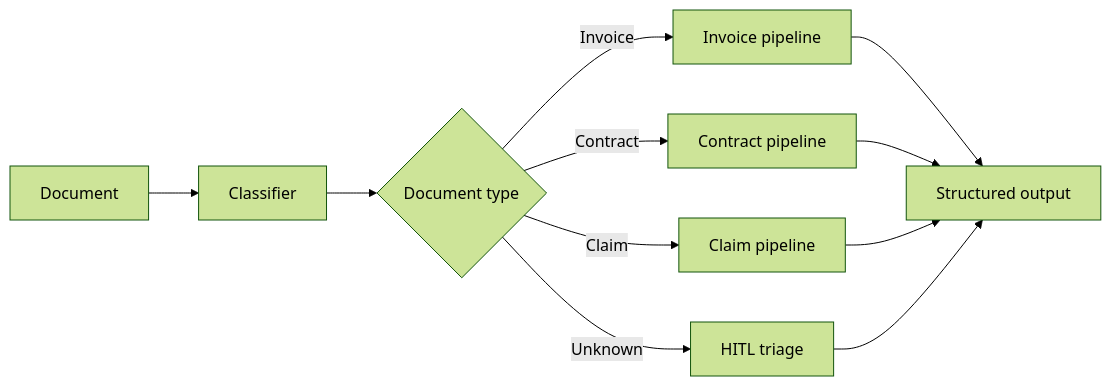
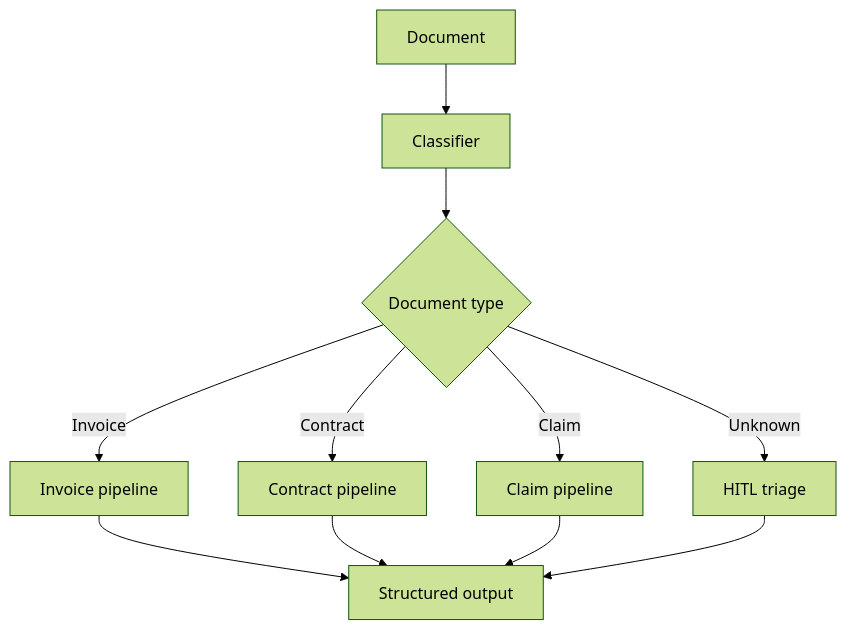
Before and after one commit to asadani/agentic-ocr: the fourth of 4 diagrams in chapters/04-architecture.qmd, drawn with Mermaid (forest theme). The commit also changed other lines of this file and 3 other files, not shown here.

````diff
--- a/chapters/04-architecture.qmd
+++ b/chapters/04-architecture.qmd
@@ -131,12 +133,14 @@
 ```{mermaid}
 %%| fig-cap: "Classify-then-route — adding classification ahead of extraction"
-flowchart LR
+flowchart TB
     A[Document] --> B[Classifier]
     B --> C{Document type}
     C -- Invoice --> D1[Invoice pipeline]
     C -- Contract --> D2[Contract pipeline]
     C -- Claim --> D3[Claim pipeline]
     C -- Unknown --> D4[HITL triage]
-    D1 & D2 & D3 --> E[Structured output]
+    D1 --> E[Structured output]
+    D2 --> E
+    D3 --> E
     D4 --> E
 ```
````
